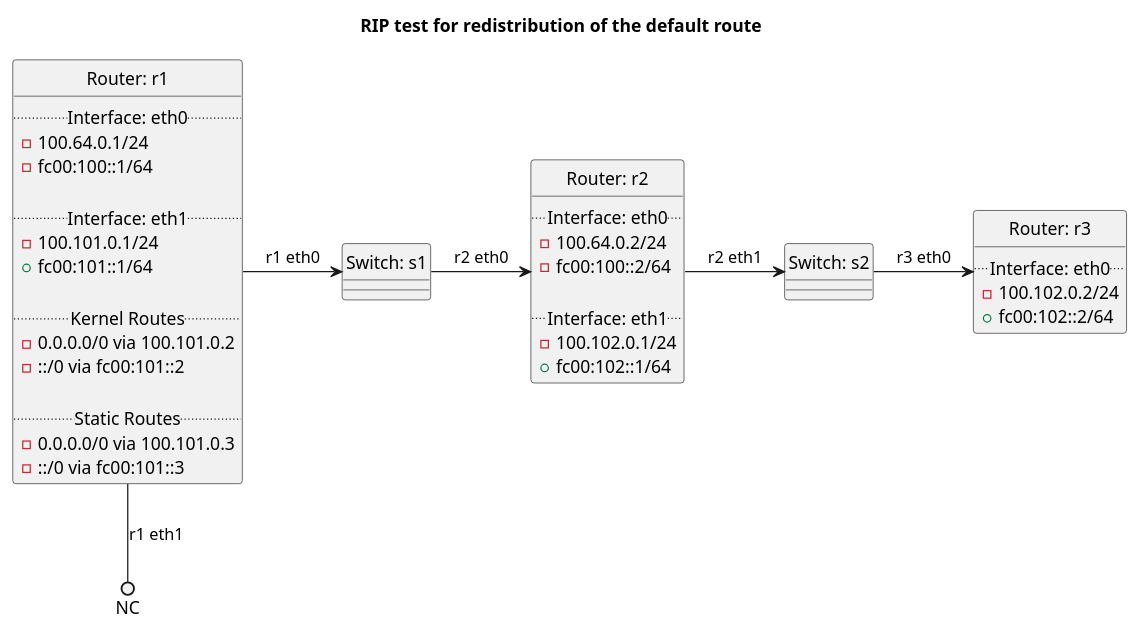
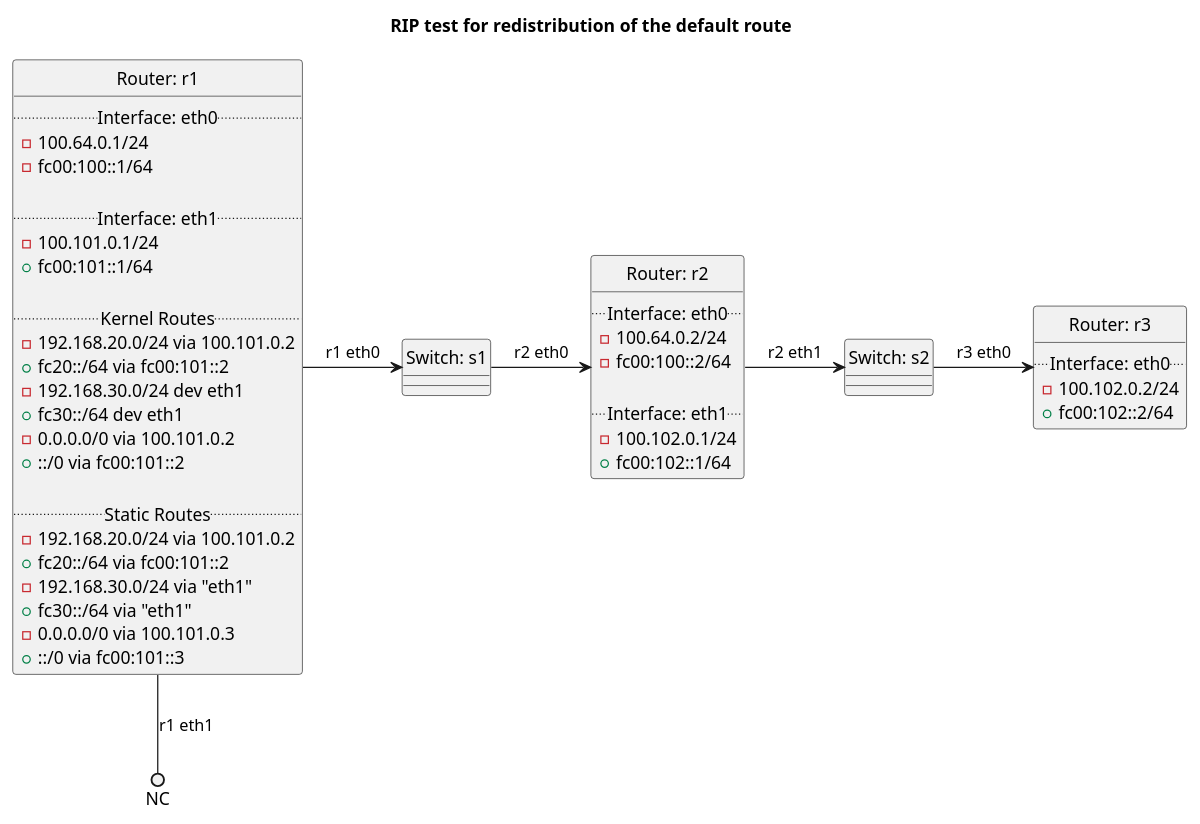
Before and after one commit to oscdev-io/birdplan: the diagram in tests/t20_rip/t39_redistribute_default/README.md, drawn with PlantUML.

Commit message:
docs: Cleaned up RIP docs

````diff
--- a/tests/t20_rip/t39_redistribute_default/README.md
+++ b/tests/t20_rip/t39_redistribute_default/README.md
@@ -66,55 +66,63 @@
 ```plantuml
 @startuml
 hide circle
 title RIP test for redistribution of the default route
 
 
 class "Router: r1" {
   .. Interface: eth0 ..
 - 100.64.0.1/24
 - fc00:100::1/64
 
   .. Interface: eth1 ..
 - 100.101.0.1/24
 + fc00:101::1/64
 
   .. Kernel Routes ..
+- 192.168.20.0/24 via 100.101.0.2
++ fc20::/64 via fc00:101::2
+- 192.168.30.0/24 dev eth1
++ fc30::/64 dev eth1
 - 0.0.0.0/0 via 100.101.0.2
-- ::/0 via fc00:101::2
++ ::/0 via fc00:101::2
 
   .. Static Routes ..
+- 192.168.20.0/24 via 100.101.0.2
++ fc20::/64 via fc00:101::2
+- 192.168.30.0/24 via "eth1"
++ fc30::/64 via "eth1"
 - 0.0.0.0/0 via 100.101.0.3
-- ::/0 via fc00:101::3
++ ::/0 via fc00:101::3
 }
 
 
 class "Router: r2" {
   .. Interface: eth0 ..
 - 100.64.0.2/24
 - fc00:100::2/64
 
   .. Interface: eth1 ..
 - 100.102.0.1/24
 + fc00:102::1/64
 }
 
 class "Router: r3" {
   .. Interface: eth0 ..
 - 100.102.0.2/24
 + fc00:102::2/64
 }
 
 
 class "Switch: s1" {}
 
 class "Switch: s2" {}
 
 
 "Router: r1" -> "Switch: s1": r1 eth0
 "Switch: s1" -> "Router: r2": r2 eth0
 "Router: r2" -> "Switch: s2": r2 eth1
 "Switch: s2" -> "Router: r3": r3 eth0
 "Router: r1" --() NC: r1 eth1
 
 @enduml
 ```
````
